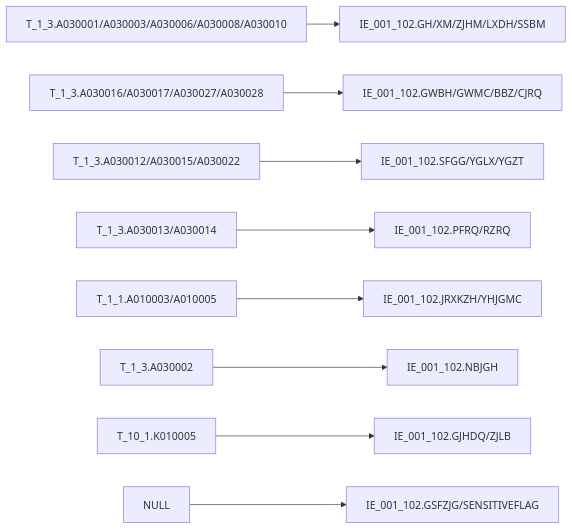
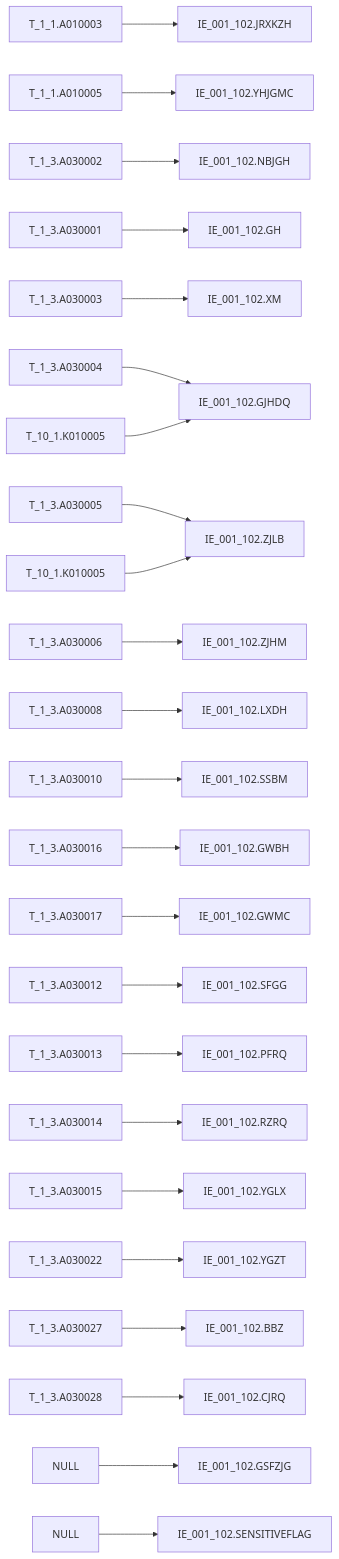
One commit to zhoujk1989-arch/Obsidian changed the second of 2 diagrams in WisdomLedger/知识库/血缘/EAST5.0系统/血缘-IE_001_102-员工表-EAST5.0系统.md. Above: the diagram before and after it, drawn with Mermaid. The commit also changed 13 other files, not shown here.

````diff
--- a/WisdomLedger/知识库/血缘/EAST5.0系统/血缘-IE_001_102-员工表-EAST5.0系统.md
+++ b/WisdomLedger/知识库/血缘/EAST5.0系统/血缘-IE_001_102-员工表-EAST5.0系统.md
@@ -103,11 +103,26 @@
 ```mermaid
 flowchart LR
-    E1["T_1_3.A030001/A030003/A030006/A030008/A030010"] --> T1["IE_001_102.GH/XM/ZJHM/LXDH/SSBM"]
-    E2["T_1_3.A030016/A030017/A030027/A030028"] --> T2["IE_001_102.GWBH/GWMC/BBZ/CJRQ"]
-    E3["T_1_3.A030012/A030015/A030022"] --> T3["IE_001_102.SFGG/YGLX/YGZT"]
-    E4["T_1_3.A030013/A030014"] --> T4["IE_001_102.PFRQ/RZRQ"]
-    O1["T_1_1.A010003/A010005"] --> T5["IE_001_102.JRXKZH/YHJGMC"]
-    E5["T_1_3.A030002"] --> T6["IE_001_102.NBJGH"]
-    C1["T_10_1.K010005"] --> T7["IE_001_102.GJHDQ/ZJLB"]
-    CONST["NULL"] --> T8["IE_001_102.GSFZJG/SENSITIVEFLAG"]
+    S_A010003["T_1_1.A010003"] --> T_JRXKZH["IE_001_102.JRXKZH"]
+    S_A010005["T_1_1.A010005"] --> T_YHJGMC["IE_001_102.YHJGMC"]
+    S_A030002["T_1_3.A030002"] --> T_NBJGH["IE_001_102.NBJGH"]
+    S_A030001["T_1_3.A030001"] --> T_GH["IE_001_102.GH"]
+    S_A030003["T_1_3.A030003"] --> T_XM["IE_001_102.XM"]
+    S_A030004["T_1_3.A030004"] --> T_GJHDQ["IE_001_102.GJHDQ"]
+    S_K010005_GJ["T_10_1.K010005"] --> T_GJHDQ
+    S_A030005["T_1_3.A030005"] --> T_ZJLB["IE_001_102.ZJLB"]
+    S_K010005_ZJ["T_10_1.K010005"] --> T_ZJLB
+    S_A030006["T_1_3.A030006"] --> T_ZJHM["IE_001_102.ZJHM"]
+    S_A030008["T_1_3.A030008"] --> T_LXDH["IE_001_102.LXDH"]
+    S_A030010["T_1_3.A030010"] --> T_SSBM["IE_001_102.SSBM"]
+    S_A030016["T_1_3.A030016"] --> T_GWBH["IE_001_102.GWBH"]
+    S_A030017["T_1_3.A030017"] --> T_GWMC["IE_001_102.GWMC"]
+    S_A030012["T_1_3.A030012"] --> T_SFGG["IE_001_102.SFGG"]
+    S_A030013["T_1_3.A030013"] --> T_PFRQ["IE_001_102.PFRQ"]
+    S_A030014["T_1_3.A030014"] --> T_RZRQ["IE_001_102.RZRQ"]
+    S_A030015["T_1_3.A030015"] --> T_YGLX["IE_001_102.YGLX"]
+    S_A030022["T_1_3.A030022"] --> T_YGZT["IE_001_102.YGZT"]
+    S_A030027["T_1_3.A030027"] --> T_BBZ["IE_001_102.BBZ"]
+    S_A030028["T_1_3.A030028"] --> T_CJRQ["IE_001_102.CJRQ"]
+    S_NULL_1["NULL"] --> T_GSFZJG["IE_001_102.GSFZJG"]
+    S_NULL_2["NULL"] --> T_SENSITIVEFLAG["IE_001_102.SENSITIVEFLAG"]
 ```
````
